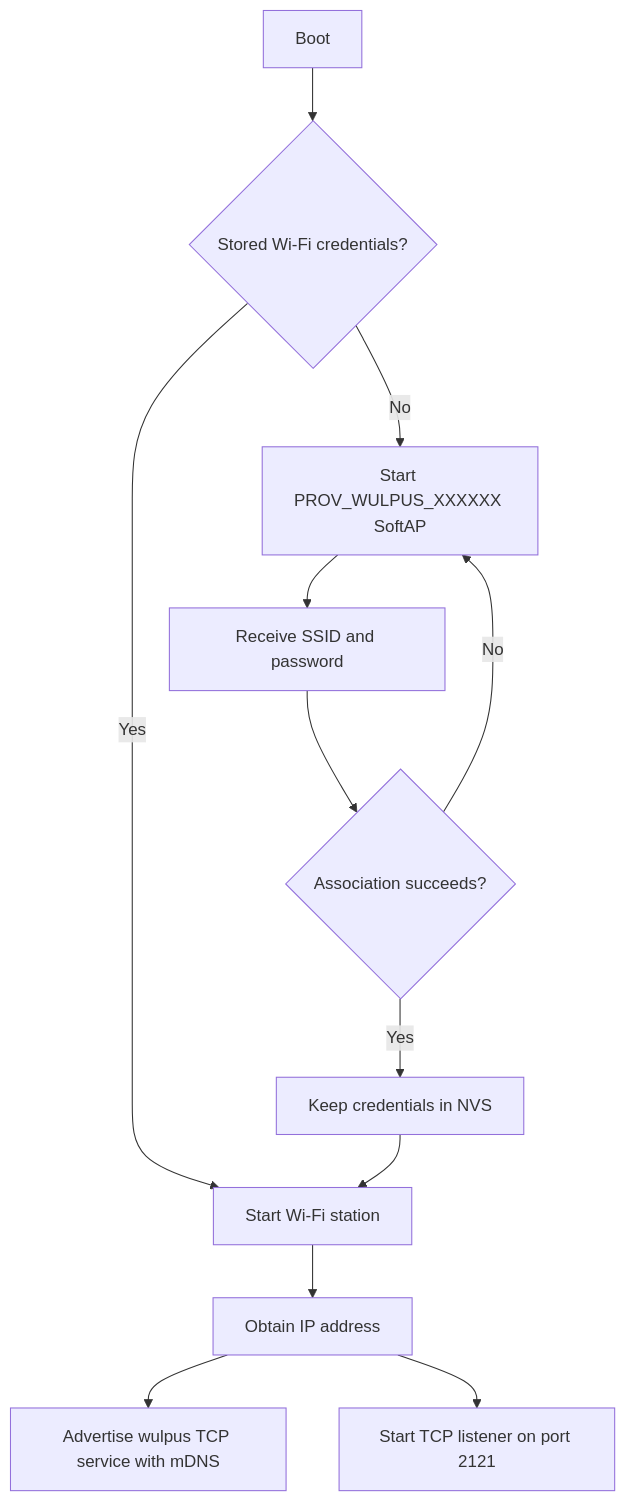
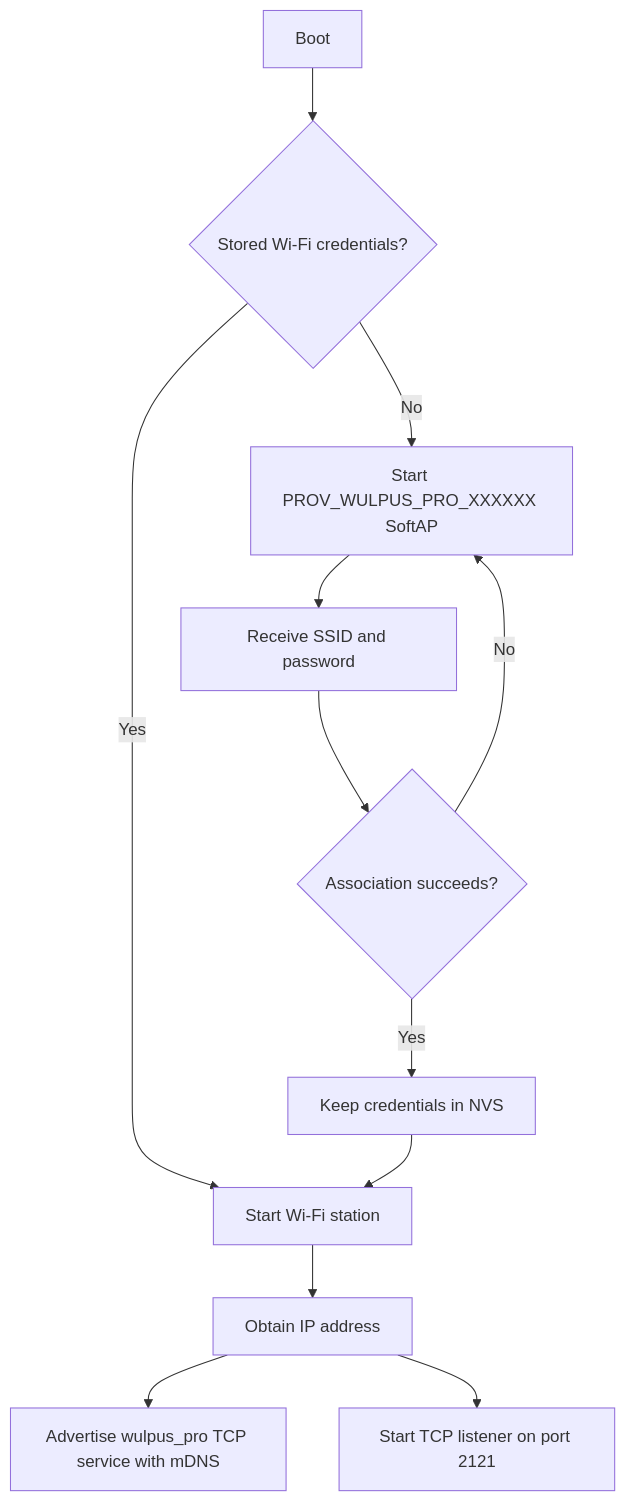
The diagram in fw/esp32/docs/provisioning.md (Sergio5714/wulpus-pro), drawn with Mermaid before and after one commit. The commit also changed other lines of this file and 15 other files, not shown here.

````diff
--- a/fw/esp32/docs/provisioning.md
+++ b/fw/esp32/docs/provisioning.md
@@ -50,14 +50,14 @@
 ```mermaid
 flowchart TD
     BOOT[Boot] --> CHECK{Stored Wi-Fi credentials?}
-    CHECK -->|No| AP[Start PROV_WULPUS_XXXXXX SoftAP]
+    CHECK -->|No| AP[Start PROV_WULPUS_PRO_XXXXXX SoftAP]
     AP --> CREDS[Receive SSID and password]
     CREDS --> TEST{Association succeeds?}
     TEST -->|No| AP
     TEST -->|Yes| STORE[Keep credentials in NVS]
     CHECK -->|Yes| STA[Start Wi-Fi station]
     STORE --> STA
     STA --> IP[Obtain IP address]
-    IP --> MDNS[Advertise wulpus TCP service with mDNS]
+    IP --> MDNS[Advertise wulpus_pro TCP service with mDNS]
     IP --> TCP[Start TCP listener on port 2121]
 ```
````
